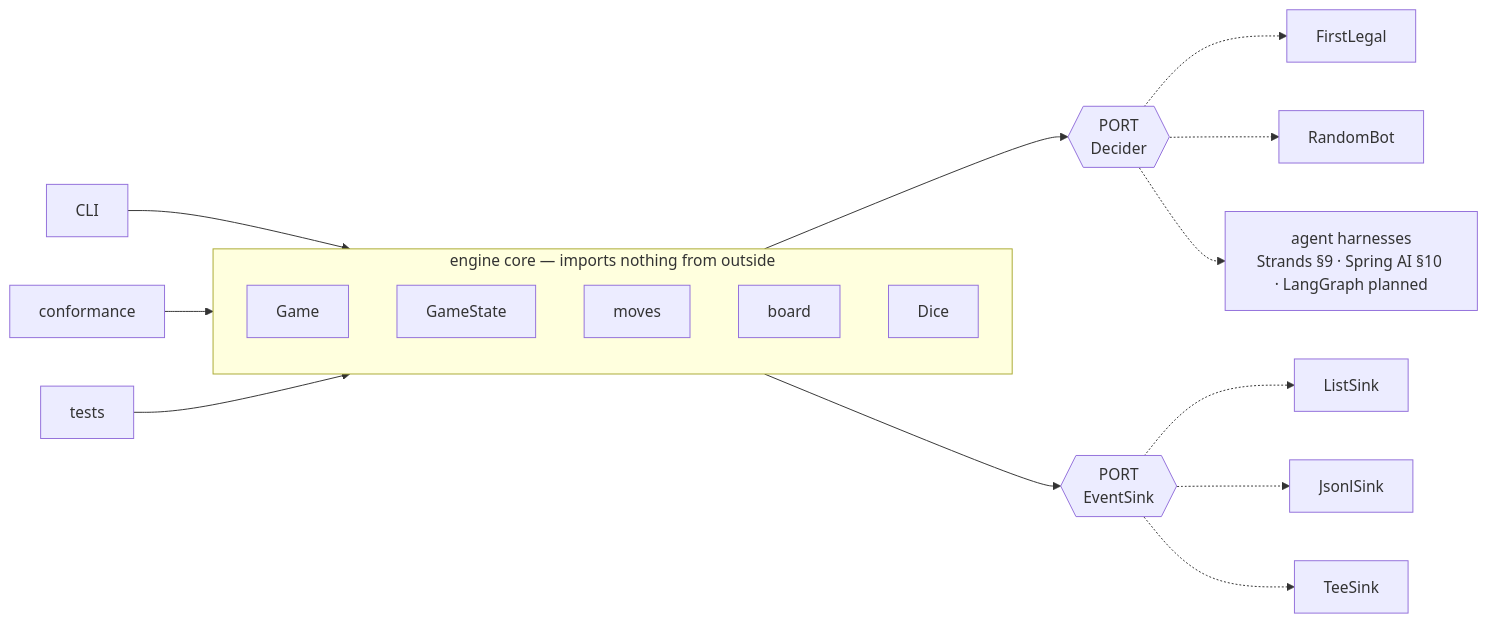
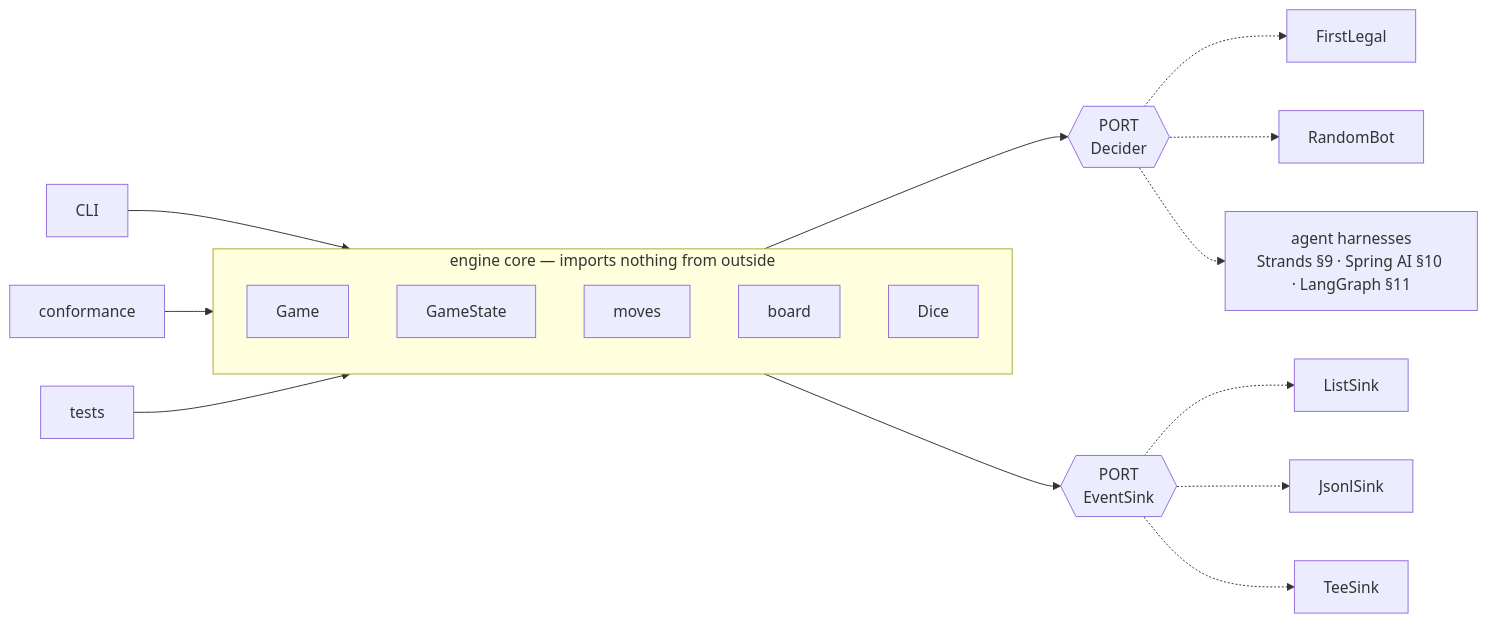
Before and after one commit to itamittech/llmeval: diagram 14 of 24 in docs/projects/ludo/class-design.md, drawn with Mermaid. The commit also changed other lines of this file and 28 other files, not shown here.

````diff
--- a/docs/projects/ludo/class-design.md
+++ b/docs/projects/ludo/class-design.md
@@ -919,40 +921,40 @@
 ```mermaid
 flowchart LR
     cli[CLI]
     conf[conformance]
     tests[tests]
 
     subgraph core["engine core — imports nothing from outside"]
         direction TB
         game[Game]
         gstate[GameState]
         moves[moves]
         board[board]
         dice[Dice]
     end
 
     dport{{"PORT<br/>Decider"}}
     eport{{"PORT<br/>EventSink"}}
 
     fl[FirstLegal]
     rb[RandomBot]
-    agents["agent harnesses<br/>Strands §9 · Spring AI §10 · LangGraph planned"]
+    agents["agent harnesses<br/>Strands §9 · Spring AI §10 · LangGraph §11"]
 
     ls[ListSink]
     js[JsonlSink]
     ts[TeeSink]
 
     cli --> game
     conf --> game
     tests --> game
 
     game --> dport
     game --> eport
 
     dport -.-> fl
     dport -.-> rb
     dport -.-> agents
     eport -.-> ls
     eport -.-> js
     eport -.-> ts
 ```
````
